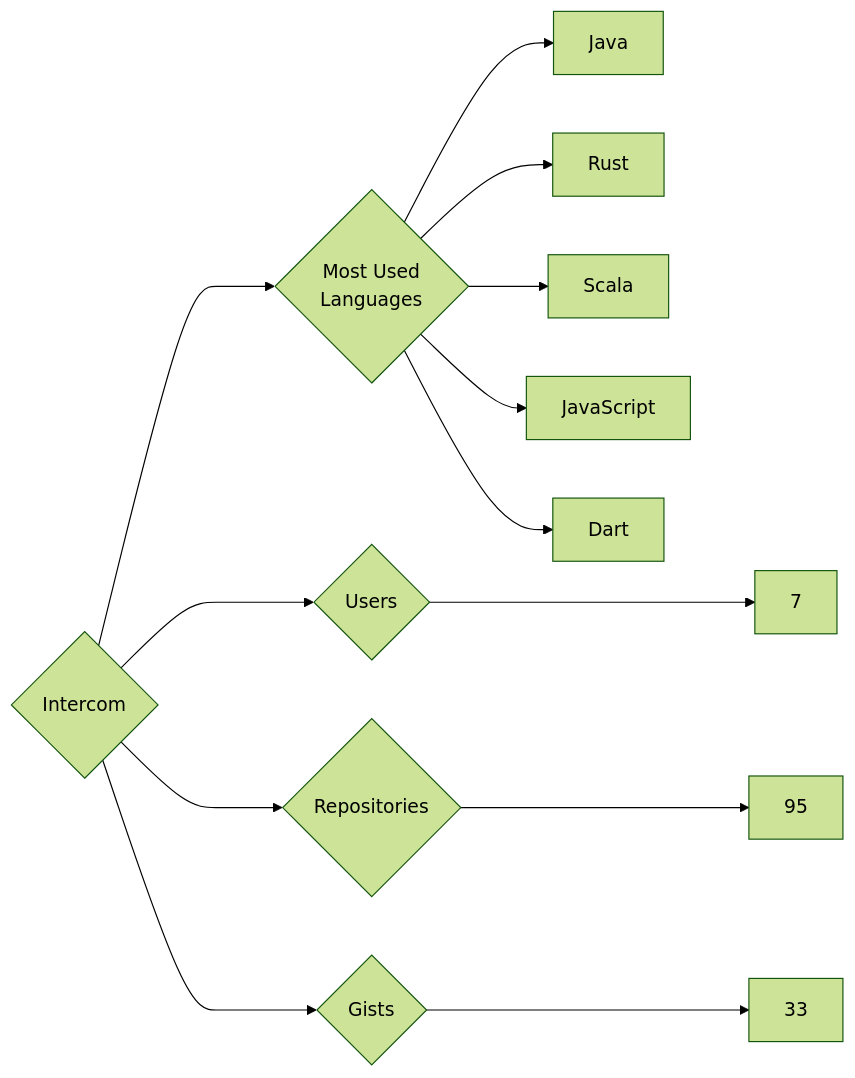
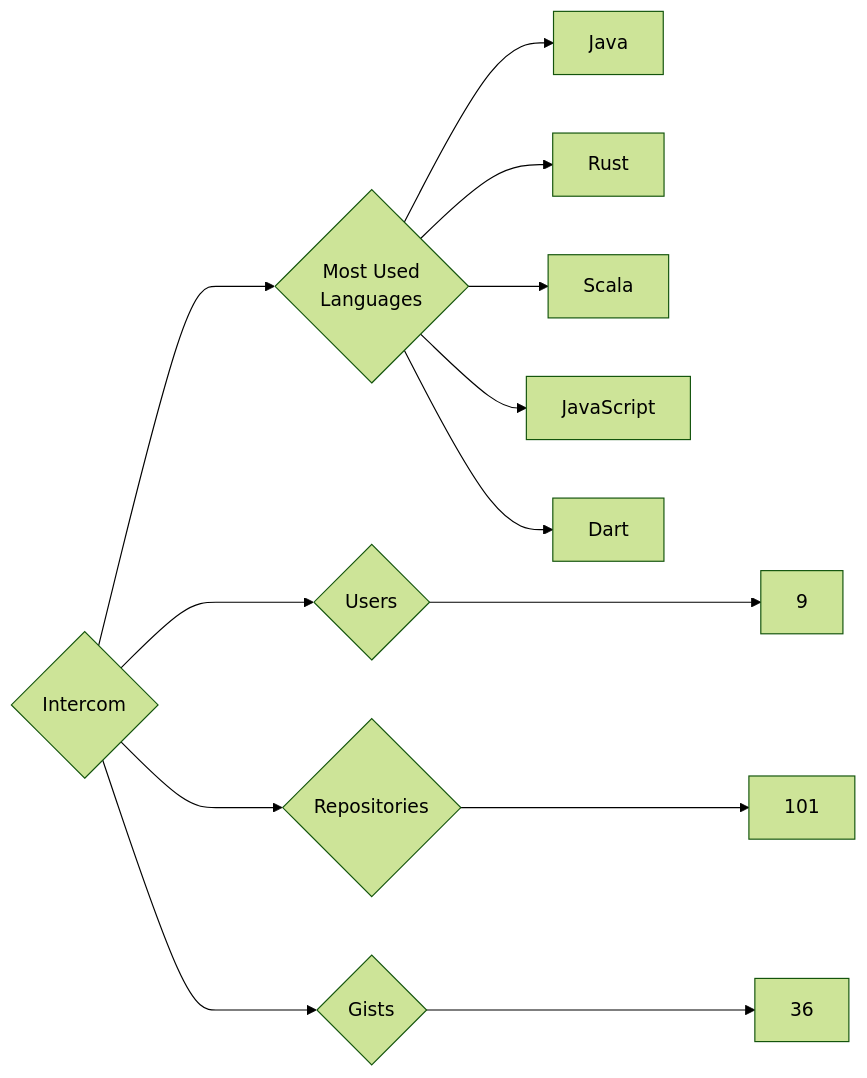
One commit to trickest/insiders changed the diagram in targets/Intercom/README.md. Above: the diagram before and after it, drawn with Mermaid (forest theme). The commit also changed 1120 other files, not shown here.

````diff
--- a/targets/Intercom/README.md
+++ b/targets/Intercom/README.md
@@ -3,13 +3,13 @@
 ```mermaid
 graph LR
 COMPANY_NAME{Intercom}
-COMPANY_NAME ---> U{Users} ---> UN[7]
-COMPANY_NAME ---> R{Repositories} ---> RN[95]
-COMPANY_NAME ---> G{Gists} ---> GN[33]
+COMPANY_NAME ---> U{Users} ---> UN[9]
+COMPANY_NAME ---> R{Repositories} ---> RN[101]
+COMPANY_NAME ---> G{Gists} ---> GN[36]
 COMPANY_NAME ---> ML{Most Used<br>Languages}
 ML --> Java[Java]
 ML --> Rust[Rust]
 ML --> Scala[Scala]
 ML --> JavaScript[JavaScript]
 ML --> Dart[Dart]
 ```
````
